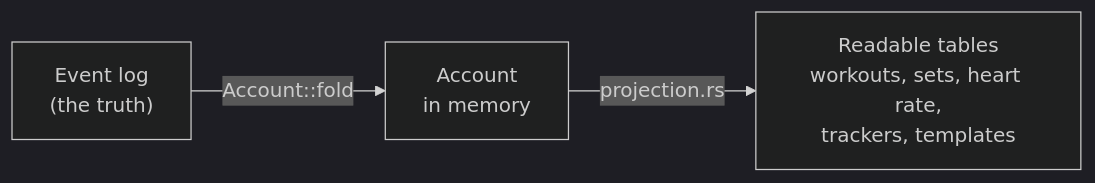
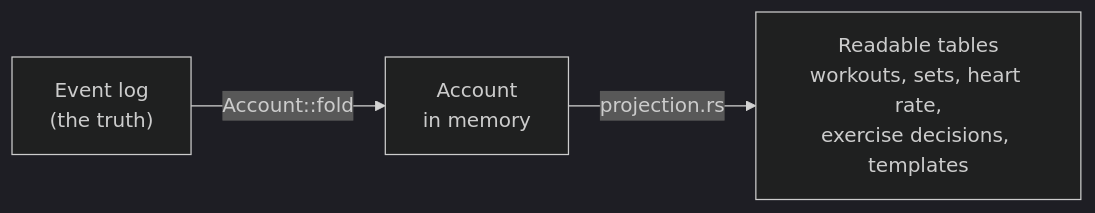
Before and after one commit to brensch/lift: the first of 3 diagrams in docs/architecture/data-model.md, drawn with Mermaid (dark theme). The commit also changed other lines of this file and 160 other files, not shown here.

````diff
--- a/docs/architecture/data-model.md
+++ b/docs/architecture/data-model.md
@@ -9,5 +9,5 @@
 ```mermaid
 graph LR
     log["Event log<br/>(the truth)"] -->|"Account::fold"| acc["Account<br/>in memory"]
-    acc -->|"projection.rs"| tables["Readable tables<br/>workouts, sets, heart rate,<br/>trackers, templates"]
+    acc -->|"projection.rs"| tables["Readable tables<br/>workouts, sets, heart rate,<br/>exercise decisions, templates"]
 ```
````
